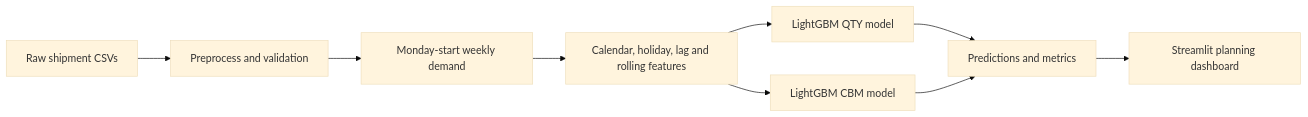
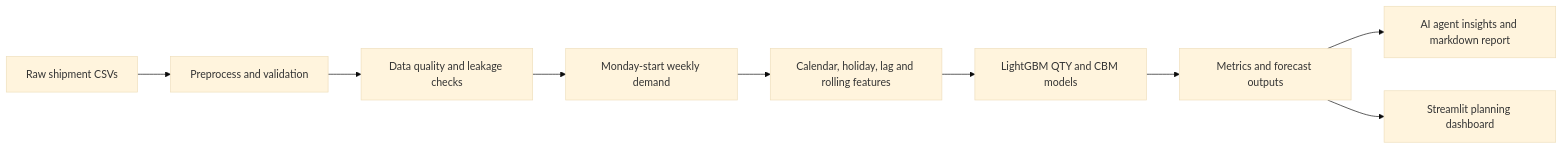
One commit to I34cH-VN/-fmcg-demand-forecasting changed the diagram in README.md. Above: the diagram before and after it, drawn with Mermaid (base theme). The commit also changed other lines of this file and 27 other files, not shown here.

````diff
--- a/README.md
+++ b/README.md
@@ -36,11 +38,11 @@
 ```mermaid
 flowchart LR
     A["Raw shipment CSVs"] --> B["Preprocess and validation"]
-    B --> C["Monday-start weekly demand"]
-    C --> D["Calendar, holiday, lag and rolling features"]
-    D --> E["LightGBM QTY model"]
-    D --> F["LightGBM CBM model"]
-    E --> G["Predictions and metrics"]
-    F --> G
-    G --> H["Streamlit planning dashboard"]
+    B --> C["Data quality and leakage checks"]
+    C --> D["Monday-start weekly demand"]
+    D --> E["Calendar, holiday, lag and rolling features"]
+    E --> F["LightGBM QTY and CBM models"]
+    F --> G["Metrics and forecast outputs"]
+    G --> H["AI agent insights and markdown report"]
+    G --> I["Streamlit planning dashboard"]
 ```
````
